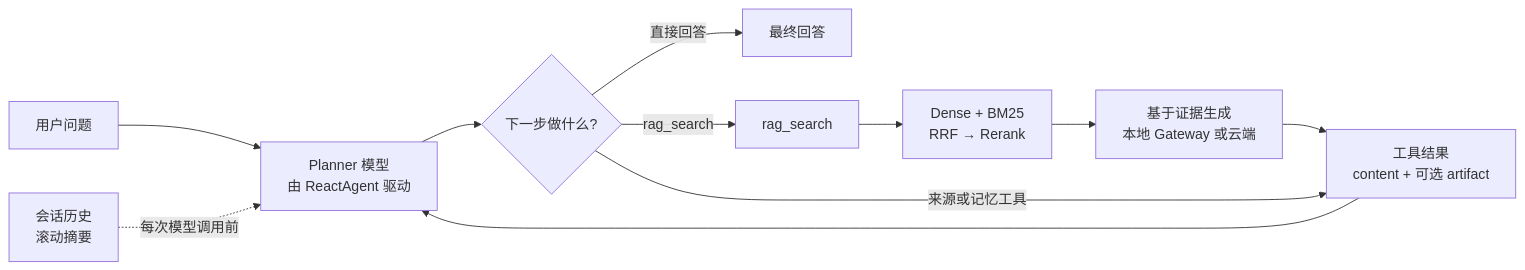
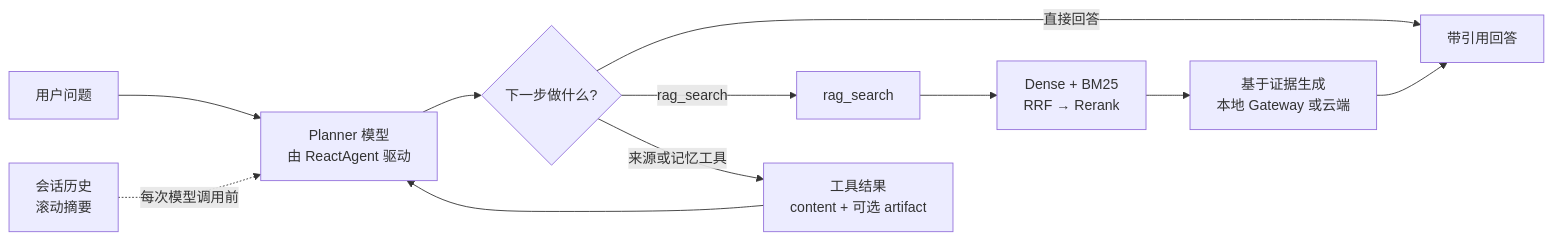
One commit to BreadmanOvO/LocalRAG changed the diagram in README.zh-CN.md. Above: the diagram before and after it, drawn with Mermaid. The commit also changed other lines of this file and 3 other files, not shown here.

````diff
--- a/README.zh-CN.md
+++ b/README.zh-CN.md
@@ -13,13 +13,13 @@
 ```mermaid
 flowchart LR
     Q[用户问题] --> P["Planner 模型<br/>由 ReactAgent 驱动"]
     P --> T{下一步做什么?}
     T -->|直接回答| O[最终回答]
     T -->|rag_search| R[rag_search]
     R --> D["Dense + BM25<br/>RRF → Rerank"]
     D --> G["基于证据生成<br/>本地 Gateway 或云端"]
-    G --> M["工具结果<br/>content + 可选 artifact"]
-    T -->|来源或记忆工具| M
+    G --> O["带引用回答"]
+    T -->|来源或记忆工具| M["工具结果<br/>content + 可选 artifact"]
     M --> P
     C["会话历史<br/>滚动摘要"] -.每次模型调用前.-> P
 ```
````
